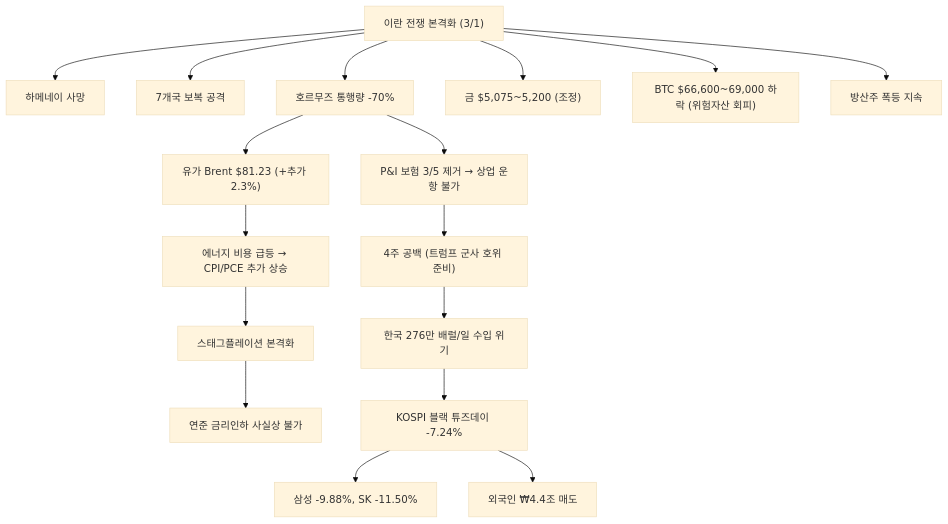
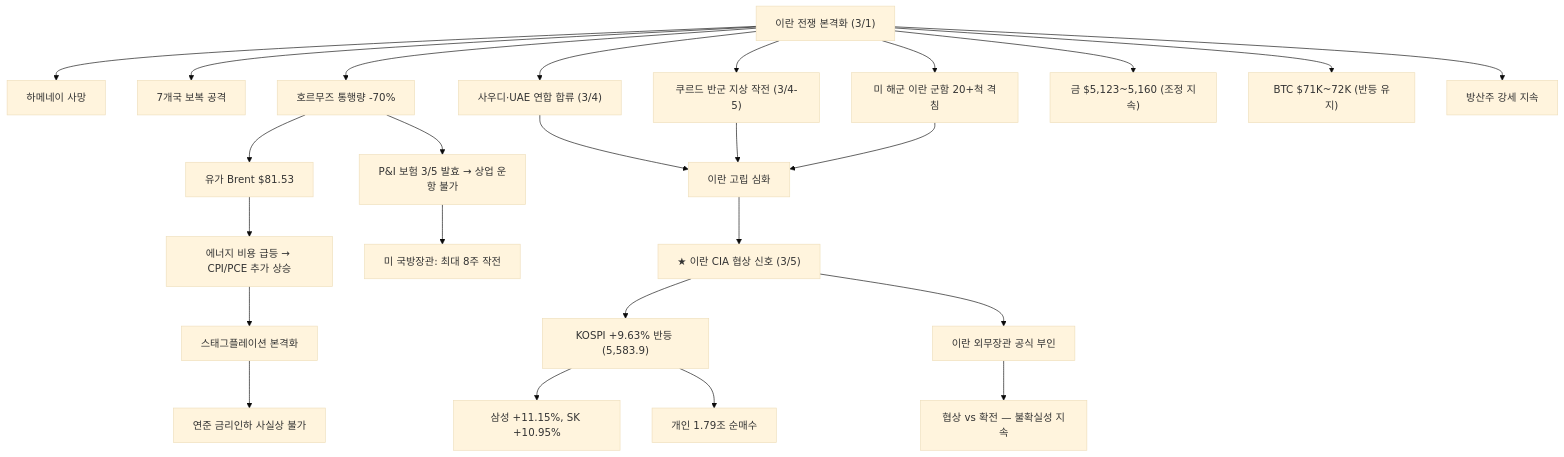
One commit to dss99911/dss99911.github.io changed the third of 4 diagrams in _posts/knowledge/invest/2026-01-21-macroeconomic-policy-sector-outlook-2026.md. Above: the diagram before and after it, drawn with Mermaid (base theme). The commit also changed other lines of this file and 15 other files, not shown here.

````diff
--- a/_posts/knowledge/invest/2026-01-21-macroeconomic-policy-sector-outlook-2026.md
+++ b/_posts/knowledge/invest/2026-01-21-macroeconomic-policy-sector-outlook-2026.md
@@ -208,19 +244,27 @@
 ```mermaid
 graph TD
     A["이란 전쟁 본격화 (3/1)"] --> B["하메네이 사망"]
     A --> C["7개국 보복 공격"]
     A --> D["호르무즈 통행량 -70%"]
-    D --> E["유가 Brent $81.23 (+추가 2.3%)"]
+    D --> E["유가 Brent $81.53"]
     E --> F["에너지 비용 급등 → CPI/PCE 추가 상승"]
     F --> G["스태그플레이션 본격화"]
     G --> H["연준 금리인하 사실상 불가"]
-    D --> I["P&I 보험 3/5 제거 → 상업 운항 불가"]
-    I --> J["4주 공백 (트럼프 군사 호위 준비)"]
-    J --> K["한국 276만 배럴/일 수입 위기"]
-    K --> L["KOSPI 블랙 튜즈데이 -7.24%"]
-    L --> M["삼성 -9.88%, SK -11.50%"]
-    L --> N["외국인 ₩4.4조 매도"]
-    A --> O["금 $5,075~5,200 (조정)"]
-    A --> P["BTC $66,600~69,000 하락 (위험자산 회피)"]
-    A --> Q["방산주 폭등 지속"]
+    D --> I["P&I 보험 3/5 발효 → 상업 운항 불가"]
+    I --> J["미 국방장관: 최대 8주 작전"]
+    A --> K["사우디·UAE 연합 합류 (3/4)"]
+    A --> L["쿠르드 반군 지상 작전 (3/4-5)"]
+    A --> M["미 해군 이란 군함 20+척 격침"]
+    K --> N["이란 고립 심화"]
+    L --> N
+    M --> N
+    N --> O["★ 이란 CIA 협상 신호 (3/5)"]
+    O --> P["KOSPI +9.63% 반등 (5,583.9)"]
+    P --> Q["삼성 +11.15%, SK +10.95%"]
+    P --> R["개인 1.79조 순매수"]
+    O --> S["이란 외무장관 공식 부인"]
+    S --> T["협상 vs 확전 — 불확실성 지속"]
+    A --> U["금 $5,123~5,160 (조정 지속)"]
+    A --> V["BTC $71K~72K (반등 유지)"]
+    A --> W["방산주 강세 지속"]
 ```
````
